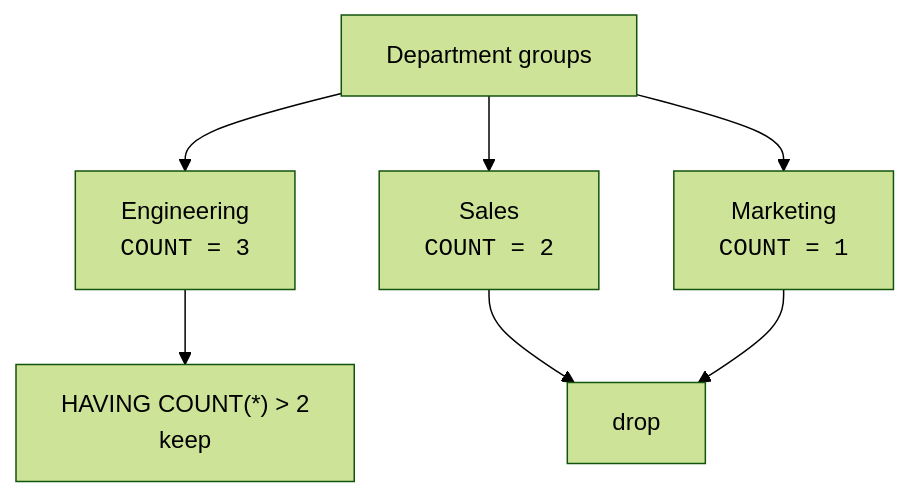
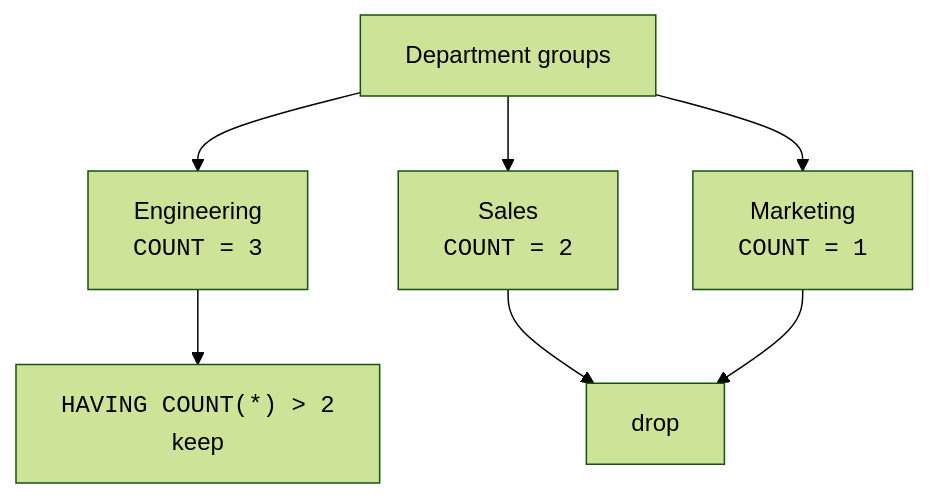
One commit to dataslope/dataslope changed the second of 2 diagrams in content/learn/sqlite-for-beginners/filtering-groups.mdx. Above: the diagram before and after it, drawn with Mermaid (forest theme). The commit also changed other lines of this file and 56 other files, not shown here.

````diff
--- a/content/learn/sqlite-for-beginners/filtering-groups.mdx
+++ b/content/learn/sqlite-for-beginners/filtering-groups.mdx
@@ -69,9 +69,9 @@
 ```mermaid
 flowchart TB
     Groups["Department groups"] --> Eng["Engineering<br/><code>COUNT = 3</code>"]
     Groups --> Sales["Sales<br/><code>COUNT = 2</code>"]
     Groups --> Mkt["Marketing<br/><code>COUNT = 1</code>"]
-    Eng --> Keep["HAVING COUNT(*) > 2<br/>keep"]
+    Eng --> Keep["<code>HAVING COUNT(*) &gt; 2</code><br/>keep"]
     Sales --> Drop["drop"]
     Mkt --> Drop
 ```
````
